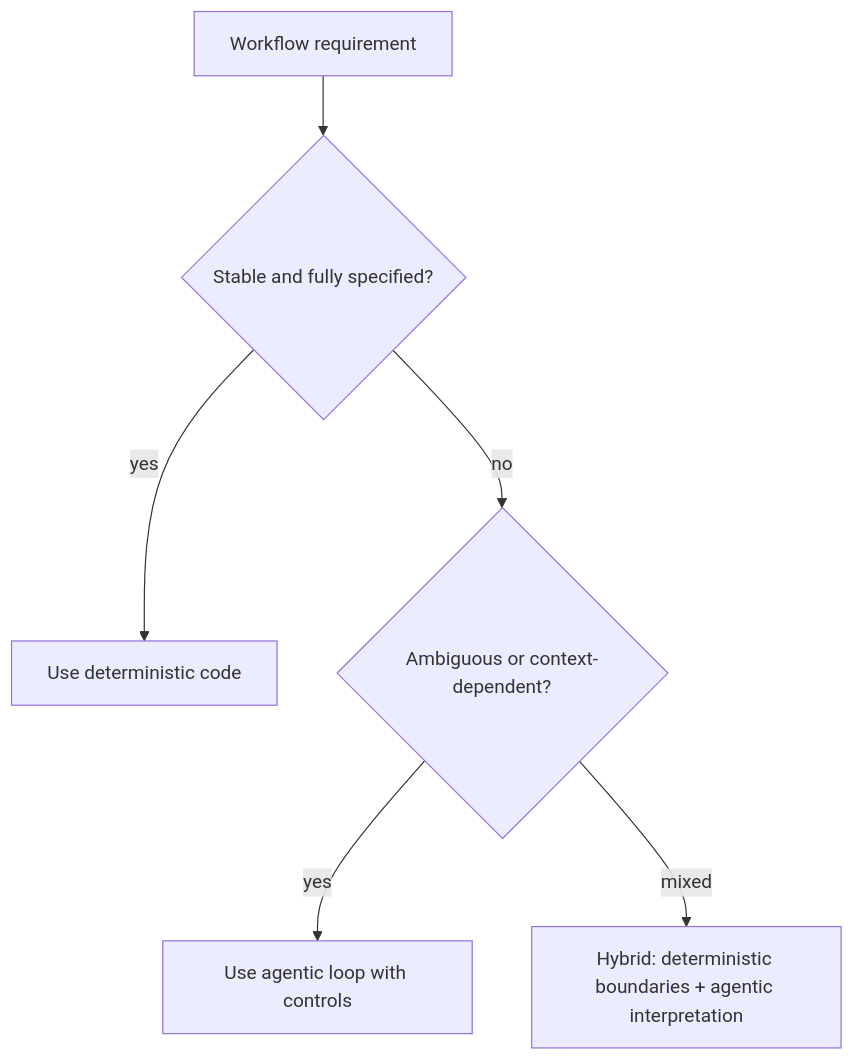
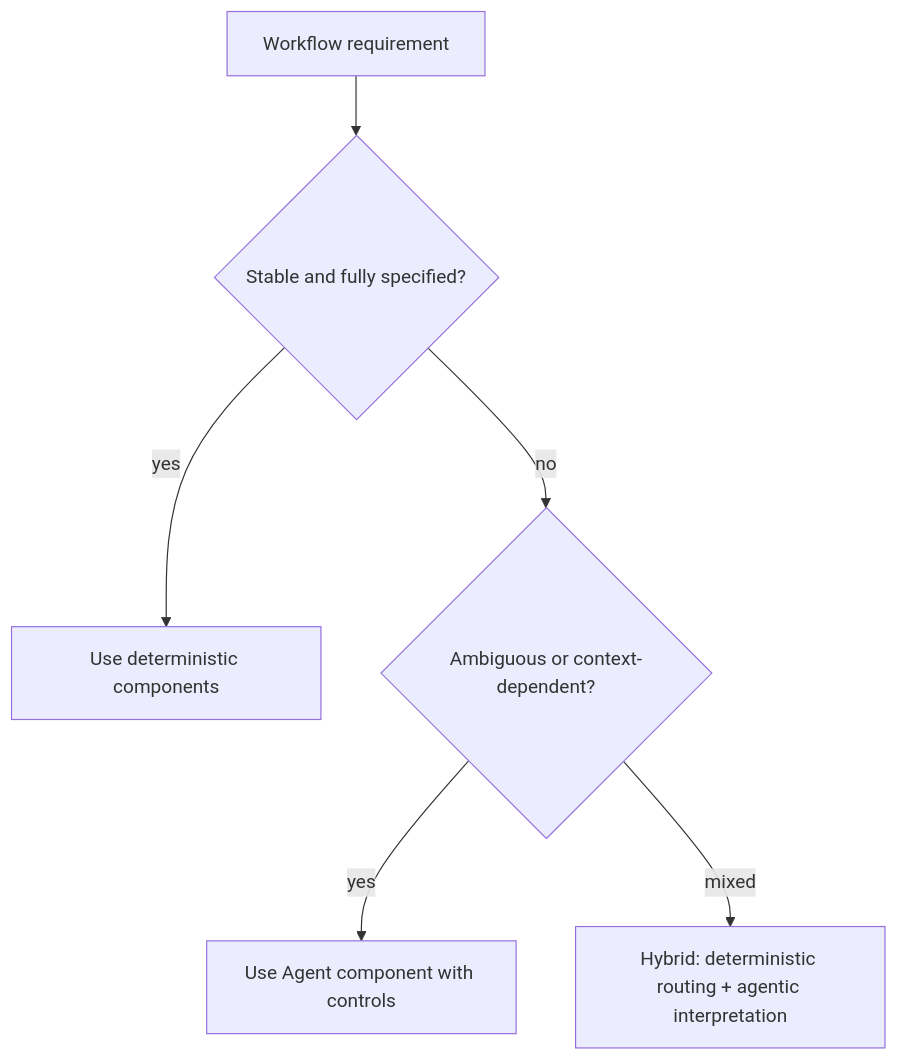
One commit to naren-allam/agents-beginners changed the second of 13 diagrams in book/chapters/chapter-05-transitioning-from-traditional-engineering-to-agentic-ai.md. Above: the diagram before and after it, drawn with Mermaid. The commit also changed other lines of this file and 28 other files, not shown here.

````diff
--- a/book/chapters/chapter-05-transitioning-from-traditional-engineering-to-agentic-ai.md
+++ b/book/chapters/chapter-05-transitioning-from-traditional-engineering-to-agentic-ai.md
@@ -27,15 +27,15 @@
 ```mermaid
 flowchart TD
     Work["Workflow requirement"]
     Stable{"Stable and fully specified?"}
-    Deterministic["Use deterministic code"]
+    Deterministic["Use deterministic components"]
     Ambiguous{"Ambiguous or context-dependent?"}
-    Agentic["Use agentic loop with controls"]
-    Hybrid["Hybrid: deterministic boundaries + agentic interpretation"]
+    Agentic["Use Agent component with controls"]
+    Hybrid["Hybrid: deterministic routing + agentic interpretation"]
 
     Work --> Stable
     Stable -- "yes" --> Deterministic
     Stable -- "no" --> Ambiguous
     Ambiguous -- "yes" --> Agentic
     Ambiguous -- "mixed" --> Hybrid
 ```
````
